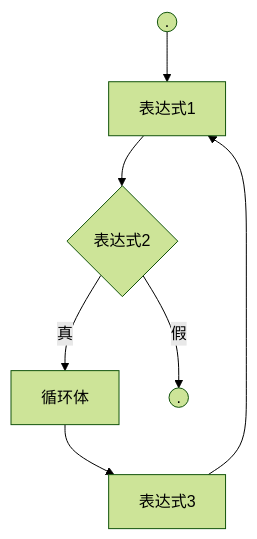
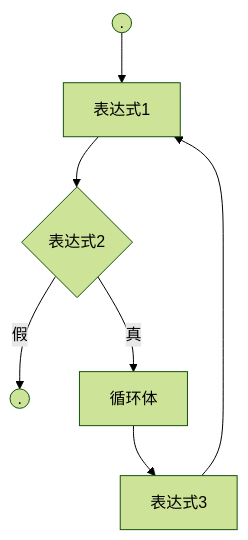
Before and after one commit to zeerre/PLC: diagram 20 of 20 in C-C++/algorithembook/InformaticsOlympiadCourseGuide[C++]2018/README.md, drawn with Mermaid (forest theme). The commit also changed other lines of this file, not shown here.

````diff
--- a/C-C++/algorithembook/InformaticsOlympiadCourseGuide[C++]2018/README.md
+++ b/C-C++/algorithembook/InformaticsOlympiadCourseGuide[C++]2018/README.md
@@ -4514,9 +4514,9 @@
 ```mermaid
 graph TD
       A((.))-->B[表达式1];
       B-->C{表达式2};
+      C--假-->F((.));
       C--真-->D[循环体];
       D-->E[表达式3];
       E-->B;
-      C--假-->F((.));
 ```
````
